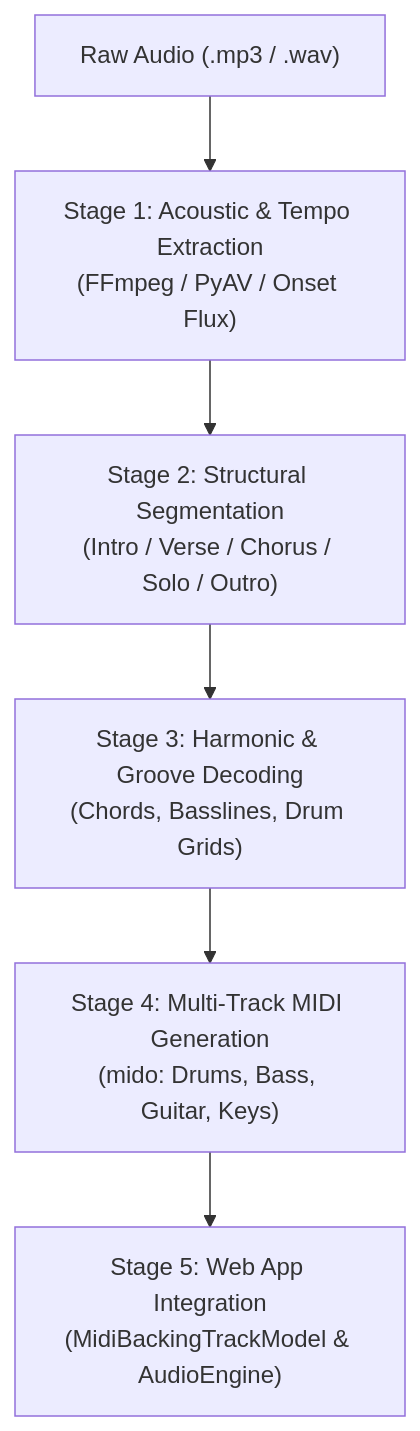
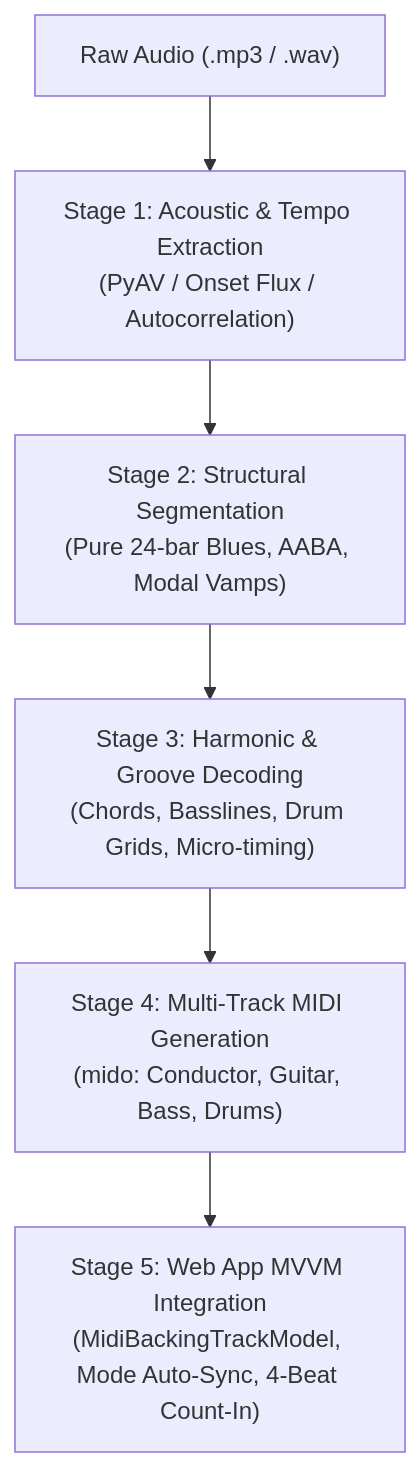
One commit to hmh-215/guitar_fretboard_visualization changed the first of 2 diagrams in .agents/skills/backing-track-transcriber/SKILL.md. Above: the diagram before and after it, drawn with Mermaid. The commit also changed other lines of this file and 28 other files, not shown here.

Commit message:
feat(backing-tracks): transcribe 11 odd-meter tracks to MIDI, add interactive time signature filter, and sync arrangement skills

````diff
--- a/.agents/skills/backing-track-transcriber/SKILL.md
+++ b/.agents/skills/backing-track-transcriber/SKILL.md
@@ -16,8 +16,8 @@
 ```mermaid
 flowchart TD
-    A["Raw Audio (.mp3 / .wav)"] --> B["Stage 1: Acoustic & Tempo Extraction<br/>(FFmpeg / PyAV / Onset Flux)"]
-    B --> C["Stage 2: Structural Segmentation<br/>(Intro / Verse / Chorus / Solo / Outro)"]
-    C --> D["Stage 3: Harmonic & Groove Decoding<br/>(Chords, Basslines, Drum Grids)"]
-    D --> E["Stage 4: Multi-Track MIDI Generation<br/>(mido: Drums, Bass, Guitar, Keys)"]
-    E --> F["Stage 5: Web App Integration<br/>(MidiBackingTrackModel & AudioEngine)"]
+    A["Raw Audio (.mp3 / .wav)"] --> B["Stage 1: Acoustic & Tempo Extraction<br/>(PyAV / Onset Flux / Autocorrelation)"]
+    B --> C["Stage 2: Structural Segmentation<br/>(Pure 24-bar Blues, AABA, Modal Vamps)"]
+    C --> D["Stage 3: Harmonic & Groove Decoding<br/>(Chords, Basslines, Drum Grids, Micro-timing)"]
+    D --> E["Stage 4: Multi-Track MIDI Generation<br/>(mido: Conductor, Guitar, Bass, Drums)"]
+    E --> F["Stage 5: Web App MVVM Integration<br/>(MidiBackingTrackModel, Mode Auto-Sync, 4-Beat Count-In)"]
 ```
````
